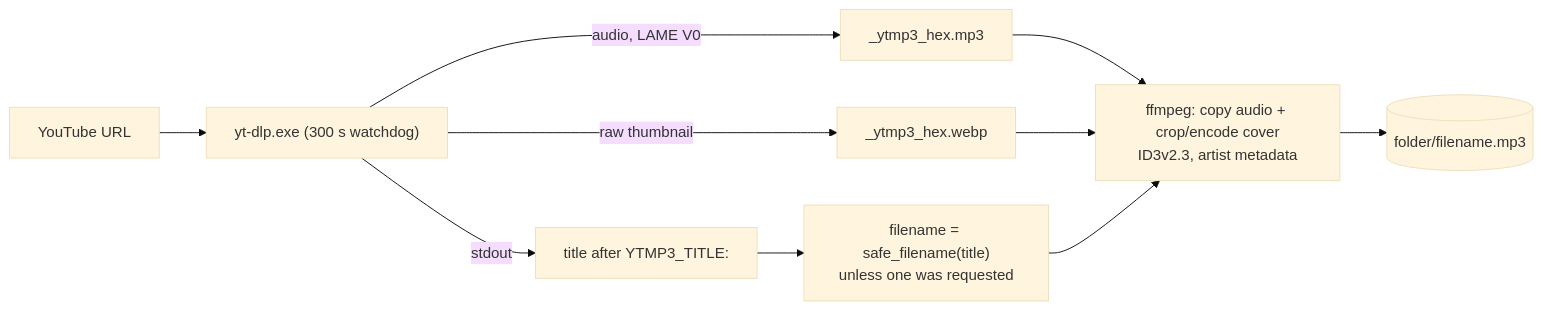
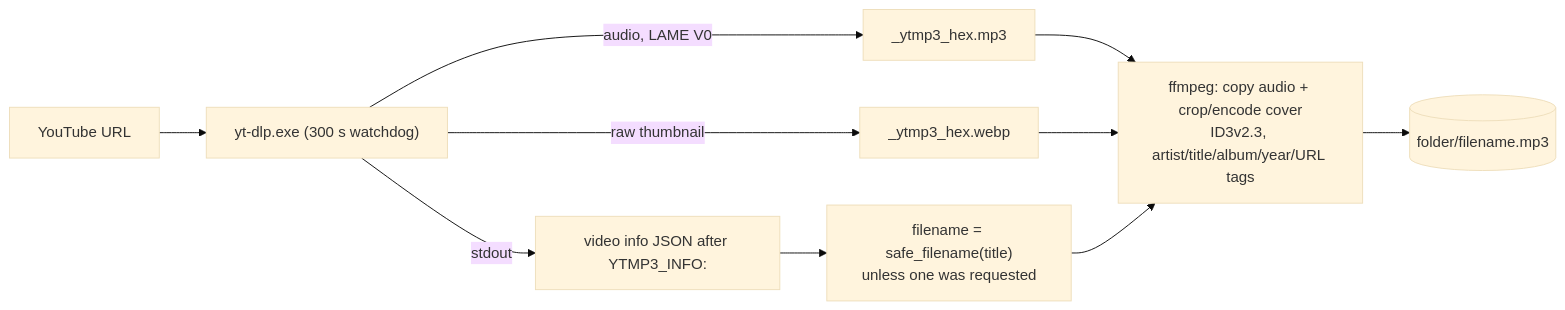
Diagram 11 of 19 in ARCHITECTURE.md (martin-iflap/YT-MP3-Downloader), drawn with Mermaid (base theme) before and after one commit. The commit also changed other lines of this file and 16 other files, not shown here.

Commit message:
"Show in folder" and "Play" buttons after download. Better metadata tags.

````diff
--- a/ARCHITECTURE.md
+++ b/ARCHITECTURE.md
@@ -479,12 +488,12 @@
 ```mermaid
 flowchart LR
     U["YouTube URL"] --> Y["yt-dlp.exe (300 s watchdog)"]
     Y -- "audio, LAME V0" --> M["_ytmp3_hex.mp3"]
     Y -- "raw thumbnail" --> J["_ytmp3_hex.webp"]
-    Y -- "stdout" --> T["title after YTMP3_TITLE:"]
+    Y -- "stdout" --> T["video info JSON after YTMP3_INFO:"]
     T --> N["filename = safe_filename(title)<br/>unless one was requested"]
-    M --> F["ffmpeg: copy audio + crop/encode cover<br/>ID3v2.3, artist metadata"]
+    M --> F["ffmpeg: copy audio + crop/encode cover<br/>ID3v2.3, artist/title/album/year/URL tags"]
     J --> F
     N --> F
     F --> OUT[("folder/filename.mp3")]
 ```
````
